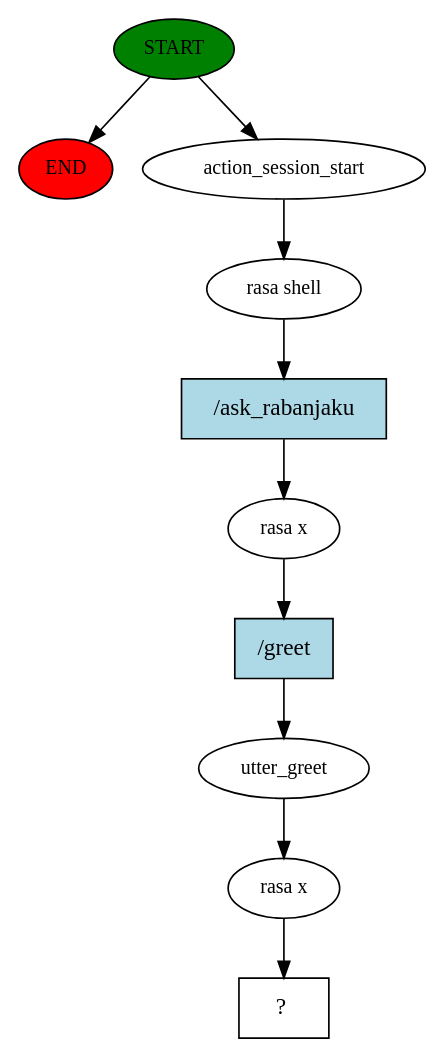
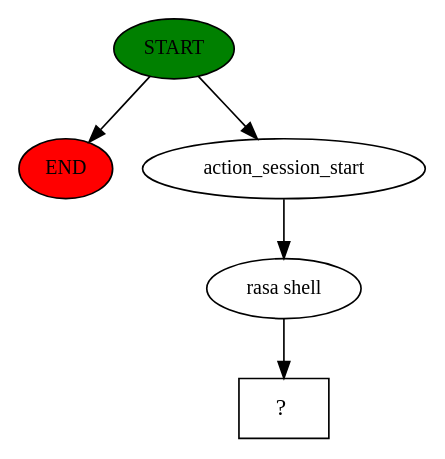
Before and after one commit to rebornrulz/rulz-ai: the diagram in .rasa/story_graph.dot, drawn with Graphviz.

```diff
--- a/.rasa/story_graph.dot
+++ b/.rasa/story_graph.dot
@@ -1,21 +1,11 @@
 digraph  {
 0 [class="start active", fillcolor=green, fontsize=12, label=START, style=filled];
 "-1" [class=end, fillcolor=red, fontsize=12, label=END, style=filled];
 1 [class=active, fontsize=12, label=action_session_start];
 2 [class=active, fontsize=12, label="rasa shell"];
-3 [class=active, fontsize=12, label="rasa x"];
-4 [class=active, fontsize=12, label=utter_greet];
-5 [class=active, fontsize=12, label="rasa x"];
-6 [class="intent dashed active", label="  ?  ", shape=rect];
-7 [class="intent active", fillcolor=lightblue, label="/ask_rabanjaku", shape=rect, style=filled];
-8 [class="intent active", fillcolor=lightblue, label="/greet", shape=rect, style=filled];
+3 [class="intent dashed active", label="  ?  ", shape=rect];
 0 -> "-1"  [class="", key=NONE, label=""];
 0 -> 1  [class=active, key=NONE, label=""];
 1 -> 2  [class=active, key=NONE, label=""];
-2 -> 7  [class=active, key=0];
-3 -> 8  [class=active, key=0];
-4 -> 5  [class=active, key=NONE, label=""];
-5 -> 6  [class=active, key=NONE, label=""];
-7 -> 3  [class=active, key=0];
-8 -> 4  [class=active, key=0];
+2 -> 3  [class=active, key=NONE, label=""];
 }
```
